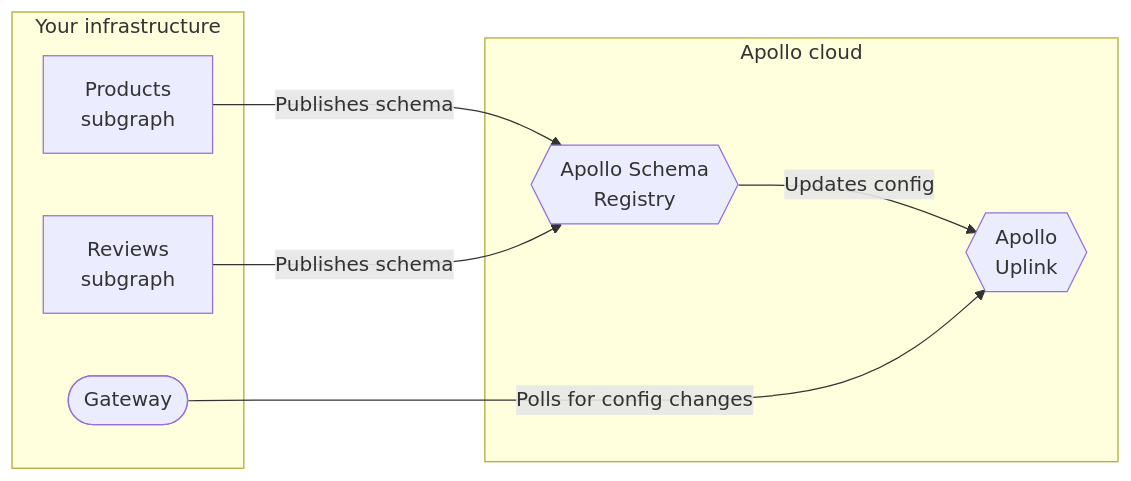
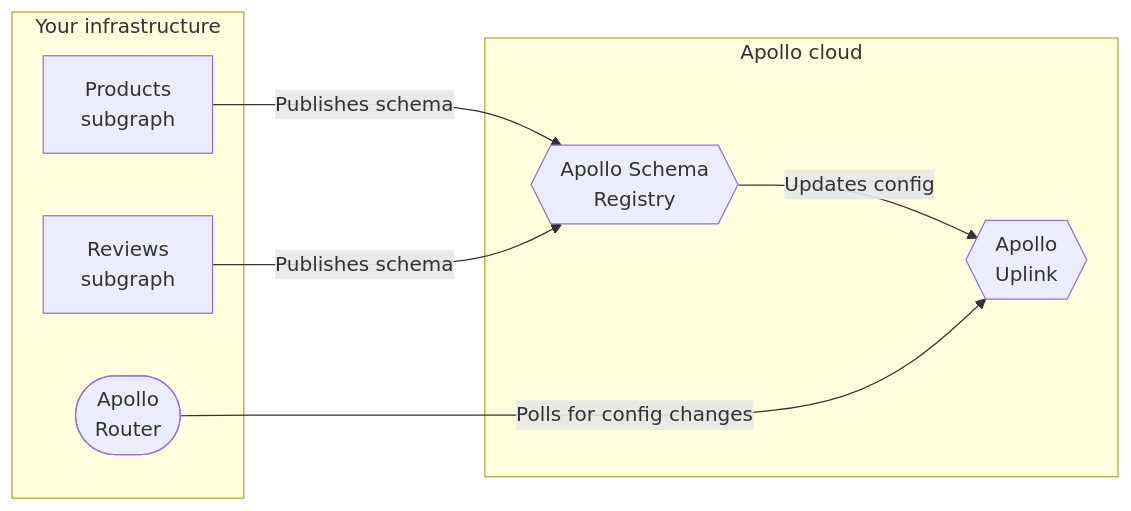
The diagram in docs/source/managed-federation/overview.mdx (apollographql/router), drawn with Mermaid before and after one commit. The commit also changed other lines of this file and 12 other files, not shown here.

````diff
--- a/docs/source/managed-federation/overview.mdx
+++ b/docs/source/managed-federation/overview.mdx
@@ -11,17 +11,17 @@
 ```mermaid
 graph LR;
   subgraph "Your infrastructure"
   serviceA[Products<br/>subgraph];
   serviceB[Reviews<br/>subgraph];
-  gateway([Gateway]);
+  gateway([Apollo<br/>Router]);
   end
   subgraph "Apollo cloud"
     registry{{Apollo Schema<br/>Registry}};
     uplink{{Apollo<br/>Uplink}}
   end
   serviceA & serviceB -->|Publishes schema| registry;
   registry -->|Updates config| uplink;
   gateway -->|Polls for config changes| uplink;
   class registry secondary;
   class uplink secondary;
 ```
````
